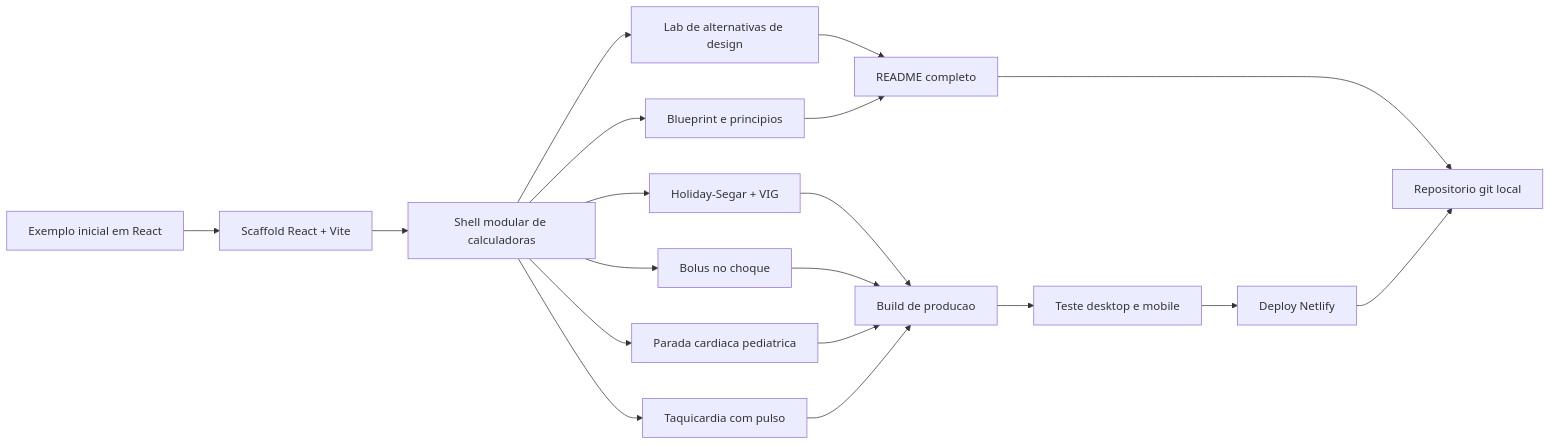
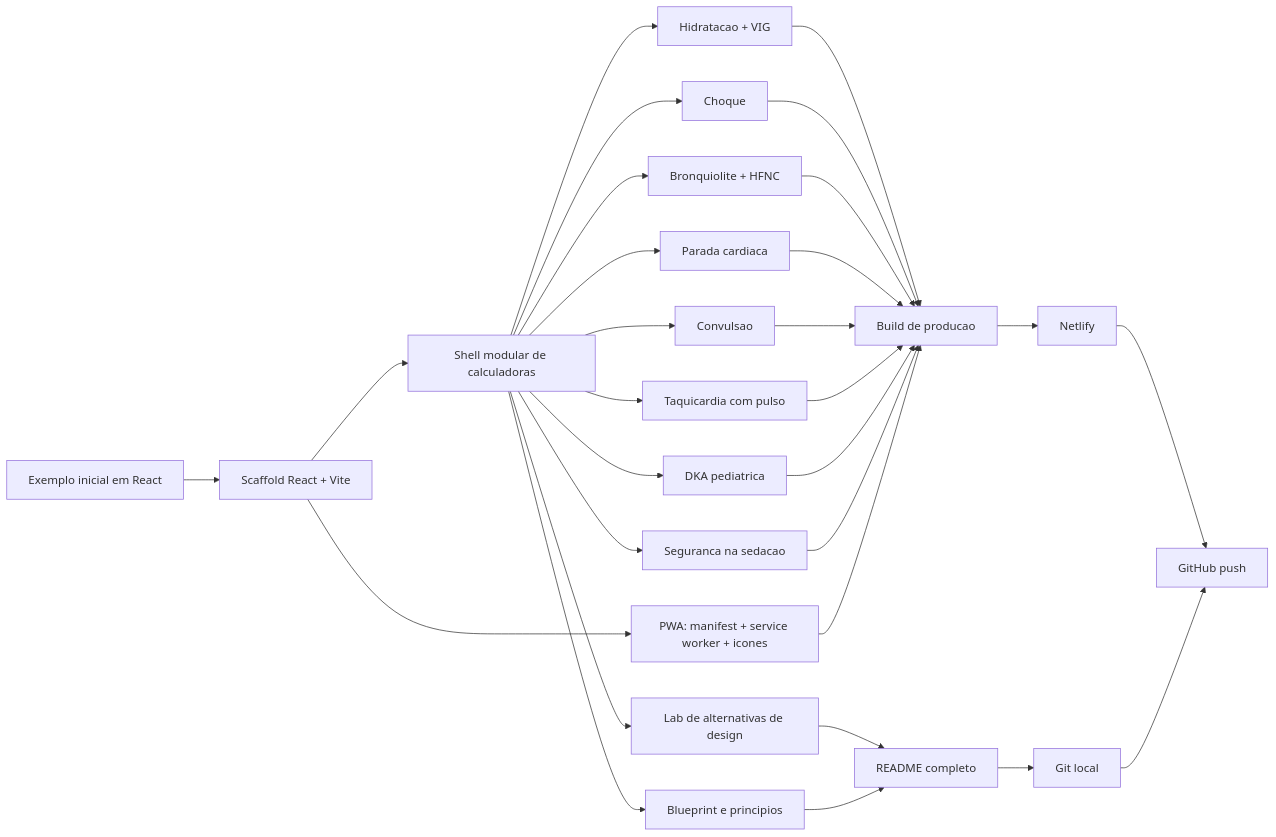
The diagram in README.md (diogene5/gemini_codex_calculadoras), drawn with Mermaid before and after one commit. The commit also changed other lines of this file and 15 other files, not shown here.

````diff
--- a/README.md
+++ b/README.md
@@ -113,21 +151,31 @@
 ```mermaid
 flowchart LR
   A["Exemplo inicial em React"] --> B["Scaffold React + Vite"]
   B --> C["Shell modular de calculadoras"]
-  C --> D["Holiday-Segar + VIG"]
-  C --> E["Bolus no choque"]
-  C --> F["Parada cardiaca pediatrica"]
-  C --> G["Taquicardia com pulso"]
-  C --> H["Lab de alternativas de design"]
-  C --> I["Blueprint e principios"]
-  D --> J["Build de producao"]
-  E --> J
-  F --> J
-  G --> J
-  H --> K["README completo"]
-  I --> K
-  J --> L["Teste desktop e mobile"]
-  L --> M["Deploy Netlify"]
-  K --> N["Repositorio git local"]
-  M --> N
+  C --> D["Hidratacao + VIG"]
+  C --> E["Choque"]
+  C --> F["Bronquiolite + HFNC"]
+  C --> G["Parada cardiaca"]
+  C --> H["Convulsao"]
+  C --> I["Taquicardia com pulso"]
+  C --> J["DKA pediatrica"]
+  C --> K["Seguranca na sedacao"]
+  C --> L["Lab de alternativas de design"]
+  C --> M["Blueprint e principios"]
+  B --> N["PWA: manifest + service worker + icones"]
+  D --> O["Build de producao"]
+  E --> O
+  F --> O
+  G --> O
+  H --> O
+  I --> O
+  J --> O
+  K --> O
+  L --> P["README completo"]
+  M --> P
+  N --> O
+  O --> Q["Netlify"]
+  P --> R["Git local"]
+  Q --> S["GitHub push"]
+  R --> S
 ```
````
